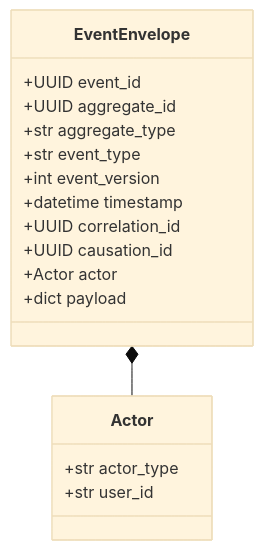
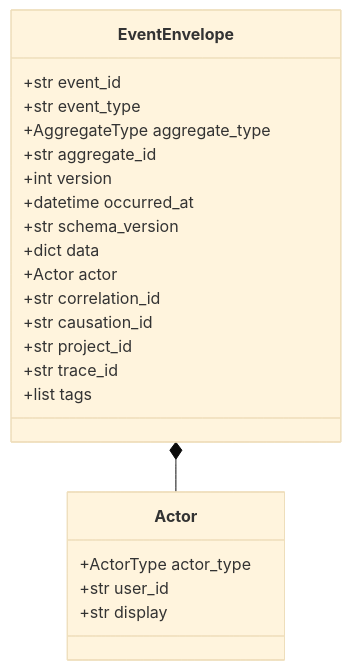
One commit to DigitalCowboyN/interview_analyzer_chaining changed the third of 5 diagrams in docs/architecture/event-sourcing.md. Above: the diagram before and after it, drawn with Mermaid (base theme). The commit also changed other lines of this file and 10 other files, not shown here.

First line of the commit message:
docs: refresh README + product/architecture docs (current through M5.1b) (#15)

````diff
--- a/docs/architecture/event-sourcing.md
+++ b/docs/architecture/event-sourcing.md
@@ -136,22 +82,25 @@
 ```mermaid
 classDiagram
     class EventEnvelope {
-        +UUID event_id
-        +UUID aggregate_id
-        +str aggregate_type
+        +str event_id
         +str event_type
-        +int event_version
-        +datetime timestamp
-        +UUID correlation_id
-        +UUID causation_id
+        +AggregateType aggregate_type
+        +str aggregate_id
+        +int version
+        +datetime occurred_at
+        +str schema_version
+        +dict data
         +Actor actor
-        +dict payload
+        +str correlation_id
+        +str causation_id
+        +str project_id
+        +str trace_id
+        +list tags
     }
-
     class Actor {
-        +str actor_type
+        +ActorType actor_type
         +str user_id
+        +str display
     }
-
     EventEnvelope *-- Actor
 ```
````
